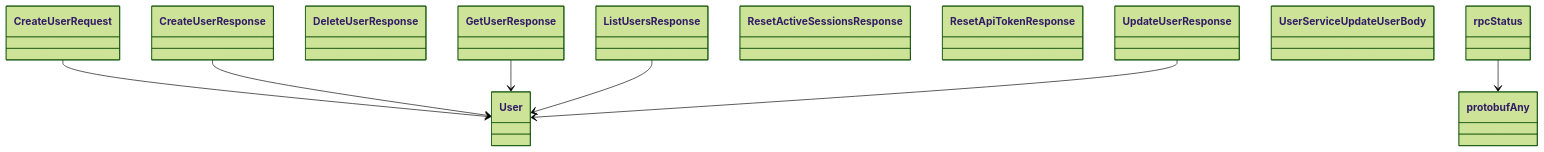
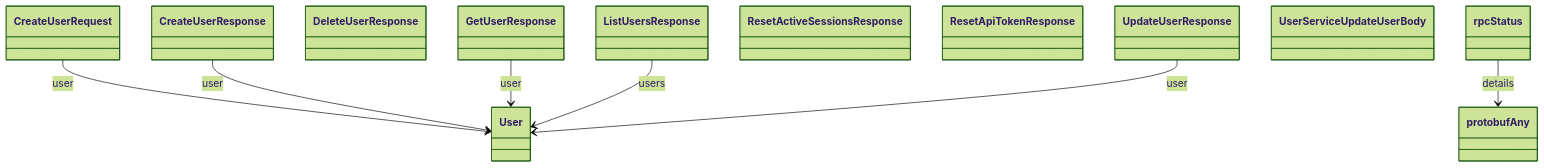
One commit to alexdearaujo/community_sdk_python changed diagram 16 of 16 in docs/sphinx/services/user.md. Above: the diagram before and after it, drawn with Mermaid (forest theme). The commit also changed other lines of this file and 129 other files, not shown here.

````diff
--- a/docs/sphinx/services/user.md
+++ b/docs/sphinx/services/user.md
@@ -561,21 +582,21 @@
 ```mermaid
 classDiagram
     class CreateUserRequest
     class CreateUserResponse
     class DeleteUserResponse
     class GetUserResponse
     class ListUsersResponse
     class ResetActiveSessionsResponse
     class ResetApiTokenResponse
     class UpdateUserResponse
     class User
     class UserServiceUpdateUserBody
     class protobufAny
     class rpcStatus
-    CreateUserRequest --> User
-    CreateUserResponse --> User
-    GetUserResponse --> User
-    ListUsersResponse --> User
-    UpdateUserResponse --> User
-    rpcStatus --> protobufAny
+    CreateUserRequest --> User : user
+    CreateUserResponse --> User : user
+    GetUserResponse --> User : user
+    ListUsersResponse --> User : users
+    UpdateUserResponse --> User : user
+    rpcStatus --> protobufAny : details
 ```
````
